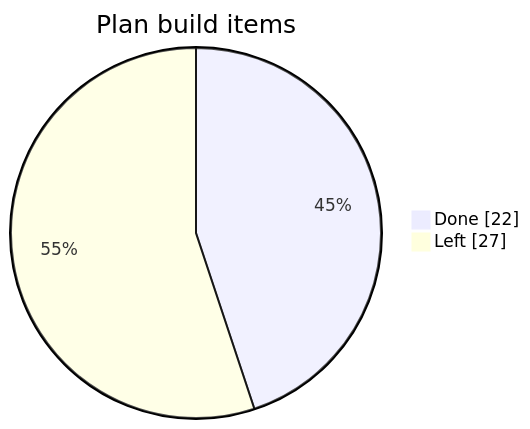
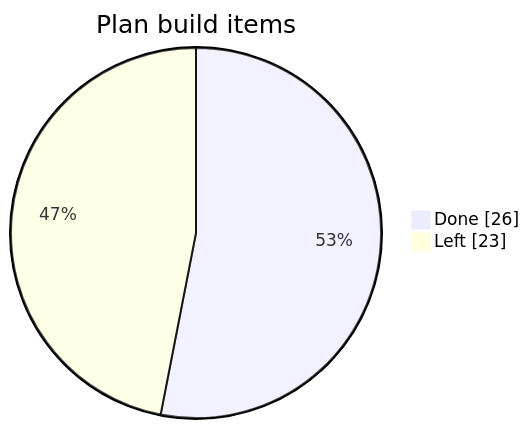
Before and after one commit to D1vyanshu1/QuorumPay: the first of 12 diagrams in progress.md, drawn with Mermaid. The commit also changed other lines of this file and 40 other files, not shown here.

````diff
--- a/progress.md
+++ b/progress.md
@@ -18,6 +18,6 @@
 ```mermaid
 pie showData
     title Plan build items
-    "Done" : 22
-    "Left" : 27
+    "Done" : 26
+    "Left" : 23
 ```
````
